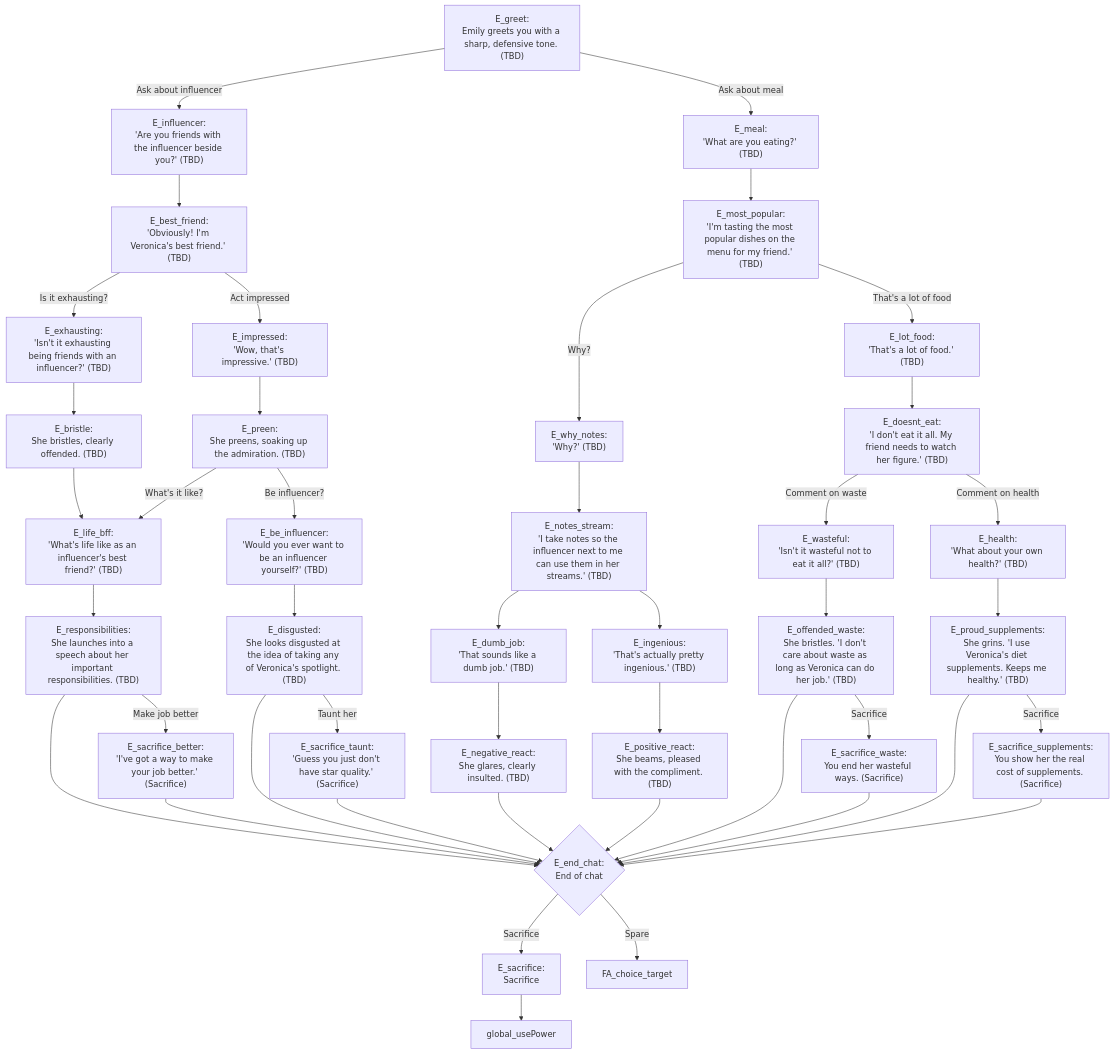
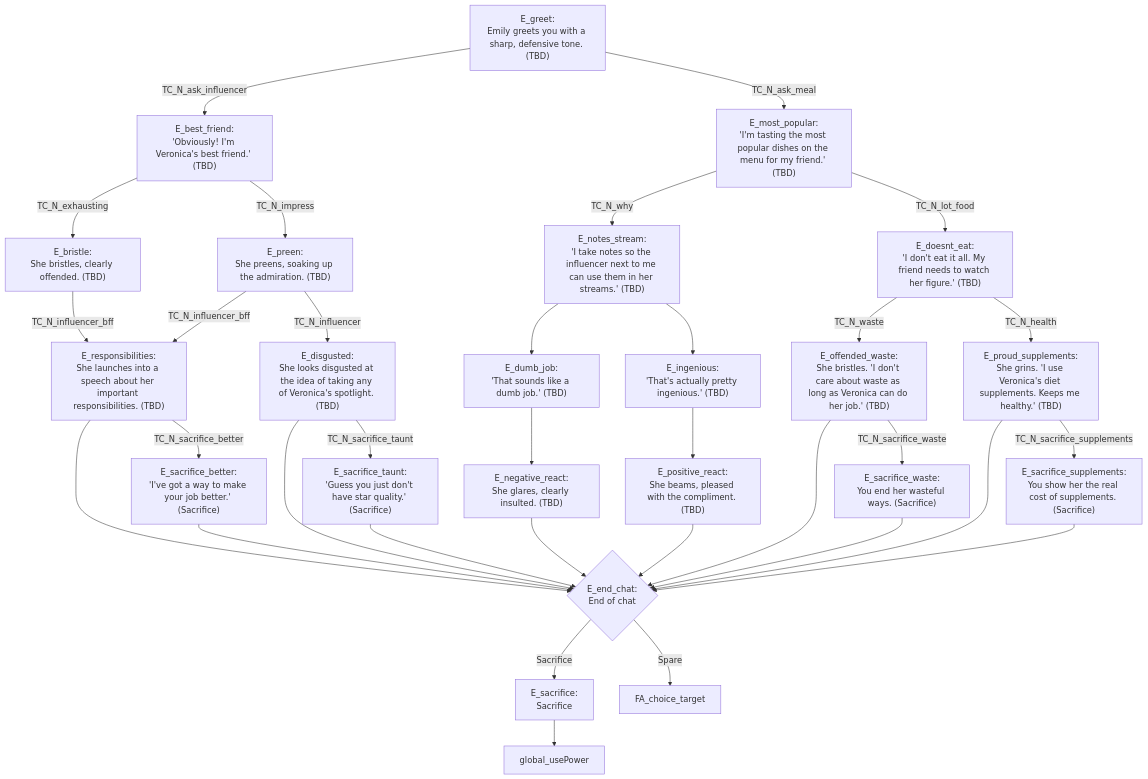
The diagram in Emily.mmd (ivalace/horror-game-jam-2025), drawn with Mermaid before and after one commit. The commit also changed 4 other files, not shown here.

Commit message:
corrected node IDs and cleaned up flow for key characters

```diff
--- a/Emily.mmd
+++ b/Emily.mmd
@@ -1,46 +1,36 @@
 flowchart TD
 direction LR
-E_greet["E_greet:<br/>Emily greets you with a sharp, defensive tone. (TBD)"] -->|Ask about influencer| E_influencer
-E_greet -->|Ask about meal| E_meal
-E_influencer["E_influencer:<br/>'Are you friends with the influencer beside you?' (TBD)"] --> E_best_friend
-E_best_friend["E_best_friend:<br/>'Obviously! I'm Veronica's best friend.' (TBD)"] -->|Is it exhausting?| E_exhausting
-E_best_friend -->|Act impressed| E_impressed
-E_exhausting["E_exhausting:<br/>'Isn't it exhausting being friends with an influencer?' (TBD)"] --> E_bristle
-E_bristle["E_bristle:<br/>She bristles, clearly offended. (TBD)"] --> E_life_bff
-E_impressed["E_impressed:<br/>'Wow, that's impressive.' (TBD)"] --> E_preen
-E_preen["E_preen:<br/>She preens, soaking up the admiration. (TBD)"] -->|What's it like?| E_life_bff
-E_preen -->|Be influencer?| E_be_influencer
-E_life_bff["E_life_bff:<br/>'What's life like as an influencer's best friend?' (TBD)"] --> E_responsibilities
+E_greet["E_greet:<br/>Emily greets you with a sharp, defensive tone. (TBD)"] -->|TC_N_ask_influencer| E_best_friend
+E_greet -->|TC_N_ask_meal| E_most_popular
+E_best_friend["E_best_friend:<br/>'Obviously! I'm Veronica's best friend.' (TBD)"] -->|TC_N_exhausting| E_bristle
+E_best_friend -->|TC_N_impress| E_preen
+E_bristle["E_bristle:<br/>She bristles, clearly offended. (TBD)"] -->|TC_N_influencer_bff| E_responsibilities
+E_preen["E_preen:<br/>She preens, soaking up the admiration. (TBD)"] -->|TC_N_influencer_bff| E_responsibilities
+E_preen -->|TC_N_influencer| E_disgusted
 E_responsibilities["E_responsibilities:<br/>She launches into a speech about her important responsibilities. (TBD)"] --> E_end_chat
-E_responsibilities -->|Make job better| E_sacrifice_better
-E_be_influencer["E_be_influencer:<br/>'Would you ever want to be an influencer yourself?' (TBD)"] --> E_disgusted
+E_responsibilities -->|TC_N_sacrifice_better| E_sacrifice_better
 E_disgusted["E_disgusted:<br/>She looks disgusted at the idea of taking any of Veronica's spotlight. (TBD)"] --> E_end_chat
-E_disgusted -->|Taunt her| E_sacrifice_taunt
+E_disgusted -->|TC_N_sacrifice_taunt| E_sacrifice_taunt
 E_sacrifice_taunt["E_sacrifice_taunt:<br/>'Guess you just don't have star quality.' (Sacrifice)"] --> E_end_chat
-E_meal["E_meal:<br/>'What are you eating?' (TBD)"] --> E_most_popular
-E_most_popular["E_most_popular:<br/>'I'm tasting the most popular dishes on the menu for my friend.' (TBD)"] -->|Why?| E_why_notes
-E_most_popular -->|That's a lot of food| E_lot_food
-E_why_notes["E_why_notes:<br/>'Why?' (TBD)"] --> E_notes_stream
+E_most_popular["E_most_popular:<br/>'I'm tasting the most popular dishes on the menu for my friend.' (TBD)"] -->|TC_N_why| E_notes_stream
+E_most_popular -->|TC_N_lot_food| E_doesnt_eat
 E_notes_stream["E_notes_stream:<br/>'I take notes so the influencer next to me can use them in her streams.' (TBD)"] --> E_dumb_job
 E_notes_stream --> E_ingenious
 E_dumb_job["E_dumb_job:<br/>'That sounds like a dumb job.' (TBD)"] --> E_negative_react
 E_ingenious["E_ingenious:<br/>'That's actually pretty ingenious.' (TBD)"] --> E_positive_react
 E_negative_react["E_negative_react:<br/>She glares, clearly insulted. (TBD)"] --> E_end_chat
 E_positive_react["E_positive_react:<br/>She beams, pleased with the compliment. (TBD)"] --> E_end_chat
-E_lot_food["E_lot_food:<br/>'That's a lot of food.' (TBD)"] --> E_doesnt_eat
-E_doesnt_eat["E_doesnt_eat:<br/>'I don't eat it all. My friend needs to watch her figure.' (TBD)"] -->|Comment on waste| E_wasteful
-E_doesnt_eat -->|Comment on health| E_health
-E_wasteful["E_wasteful:<br/>'Isn't it wasteful not to eat it all?' (TBD)"] --> E_offended_waste
+E_doesnt_eat["E_doesnt_eat:<br/>'I don't eat it all. My friend needs to watch her figure.' (TBD)"] -->|TC_N_waste| E_offended_waste
+E_doesnt_eat -->|TC_N_health| E_proud_supplements
 E_offended_waste["E_offended_waste:<br/>She bristles. 'I don't care about waste as long as Veronica can do her job.' (TBD)"] --> E_end_chat
-E_offended_waste -->|Sacrifice| E_sacrifice_waste
-E_health["E_health:<br/>'What about your own health?' (TBD)"] --> E_proud_supplements
+E_offended_waste -->|TC_N_sacrifice_waste| E_sacrifice_waste
 E_proud_supplements["E_proud_supplements:<br/>She grins. 'I use Veronica's diet supplements. Keeps me healthy.' (TBD)"] --> E_end_chat
-E_proud_supplements -->|Sacrifice| E_sacrifice_supplements
+E_proud_supplements -->|TC_N_sacrifice_supplements| E_sacrifice_supplements
 E_sacrifice_better["E_sacrifice_better:<br/>'I've got a way to make your job better.' (Sacrifice)"] --> E_end_chat
 E_sacrifice_waste["E_sacrifice_waste:<br/>You end her wasteful ways. (Sacrifice)"] --> E_end_chat
 E_sacrifice_supplements["E_sacrifice_supplements:<br/>You show her the real cost of supplements. (Sacrifice)"] --> E_end_chat
 
 E_end_chat{"E_end_chat:<br/>End of chat"} -->|Sacrifice| E_sacrifice
 E_end_chat -->|Spare| FA_choice_target
 
 E_sacrifice["E_sacrifice:<br/>Sacrifice"] --> global_usePower
```
